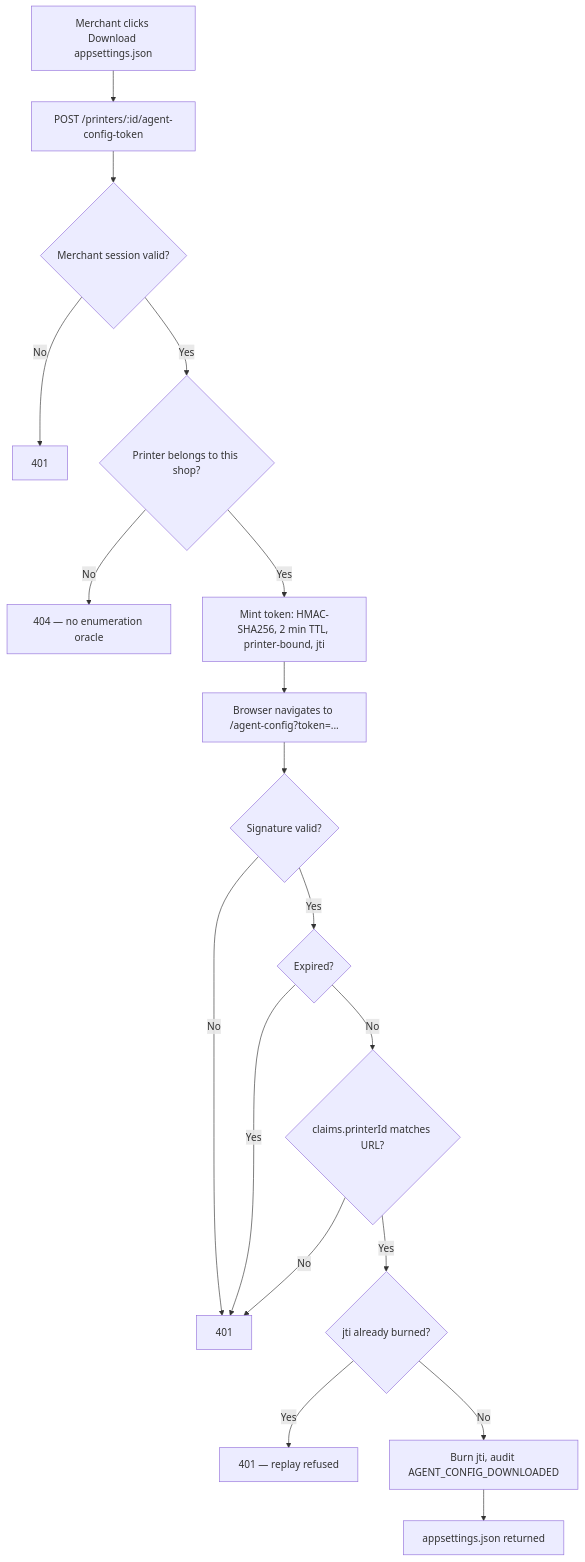
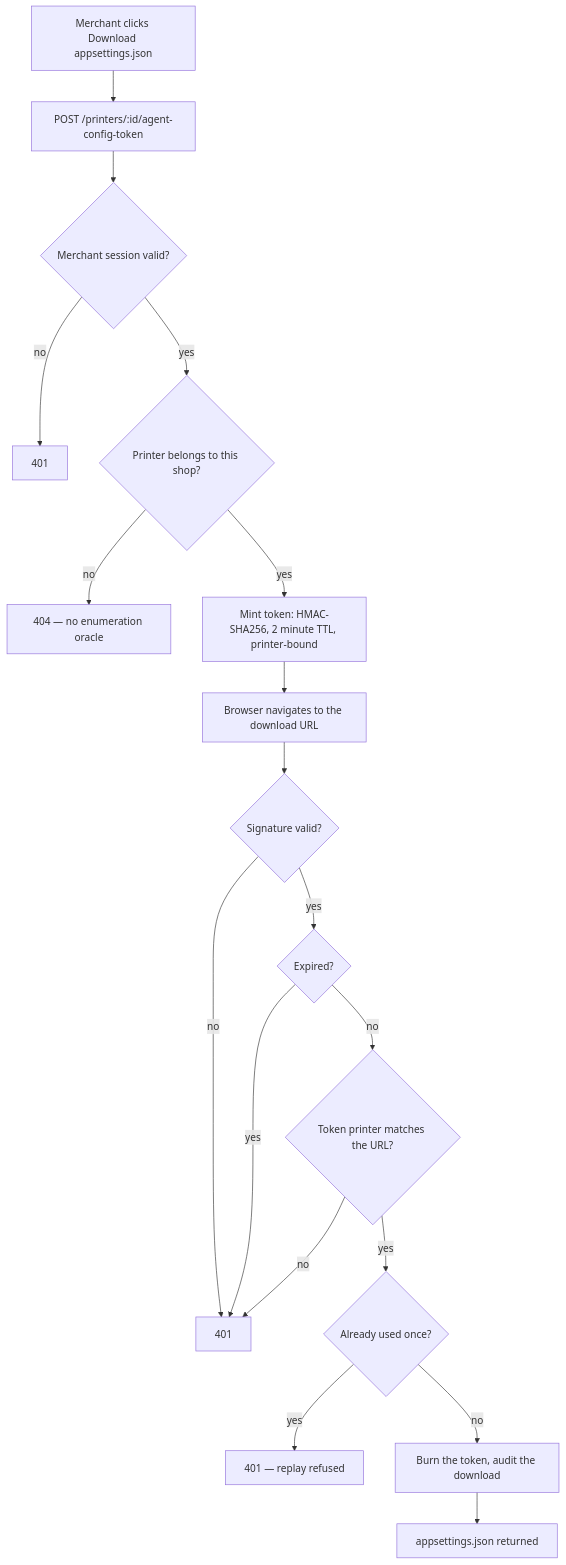
One commit to Ayan-css/PrintOK changed the fourth of 5 diagrams in README.md. Above: the diagram before and after it, drawn with Mermaid. The commit also changed other lines of this file, not shown here.

First line of the commit message:
docs(readme): fix the architecture diagrams GitHub refused to render

````diff
--- a/README.md
+++ b/README.md
@@ -208,21 +201,21 @@
 ```mermaid
-graph TD
-    A[Merchant clicks Download appsettings.json] --> B[POST /printers/:id/agent-config-token]
-    B --> C{Merchant session valid?}
-    C -->|No| D[401]
-    C -->|Yes| E{Printer belongs to this shop?}
-    E -->|No| F[404 — no enumeration oracle]
-    E -->|Yes| G[Mint token: HMAC-SHA256, 2 min TTL, printer-bound, jti]
+flowchart TD
+    A["Merchant clicks Download appsettings.json"] --> B["POST /printers/:id/agent-config-token"]
+    B --> C{"Merchant session valid?"}
+    C -->|"no"| D["401"]
+    C -->|"yes"| E{"Printer belongs to this shop?"}
+    E -->|"no"| F["404 — no enumeration oracle"]
+    E -->|"yes"| G["Mint token: HMAC-SHA256, 2 minute TTL, printer-bound"]
 
-    G --> H[Browser navigates to /agent-config?token=...]
-    H --> I{Signature valid?}
-    I -->|No| J[401]
-    I -->|Yes| K{Expired?}
-    K -->|Yes| J
-    K -->|No| L{claims.printerId matches URL?}
-    L -->|No| J
-    L -->|Yes| M{jti already burned?}
-    M -->|Yes| N[401 — replay refused]
-    M -->|No| O[Burn jti, audit AGENT_CONFIG_DOWNLOADED]
-    O --> P[appsettings.json returned]
+    G --> H["Browser navigates to the download URL"]
+    H --> I{"Signature valid?"}
+    I -->|"no"| J["401"]
+    I -->|"yes"| K{"Expired?"}
+    K -->|"yes"| J
+    K -->|"no"| L{"Token printer matches the URL?"}
+    L -->|"no"| J
+    L -->|"yes"| M{"Already used once?"}
+    M -->|"yes"| N["401 — replay refused"]
+    M -->|"no"| O["Burn the token, audit the download"]
+    O --> P["appsettings.json returned"]
 ```
````
